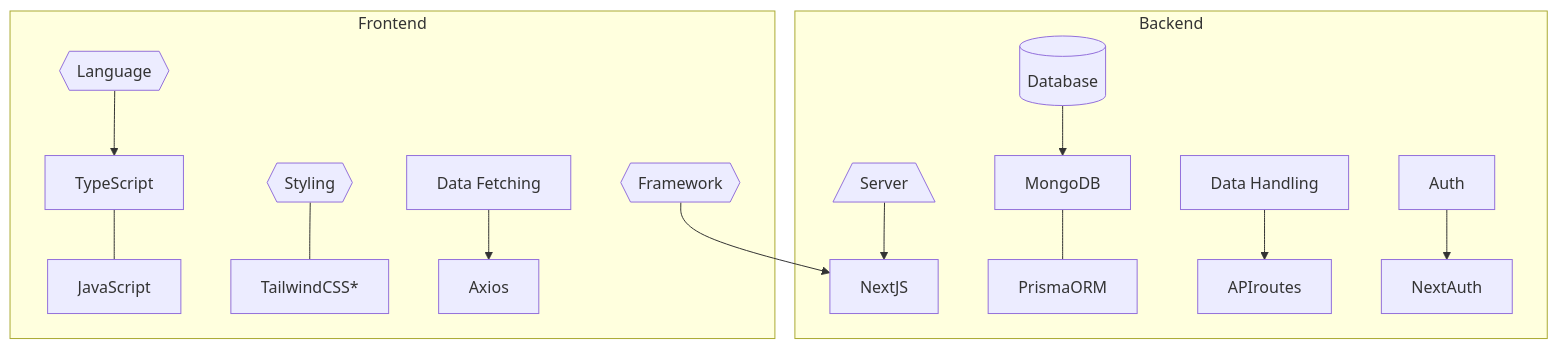
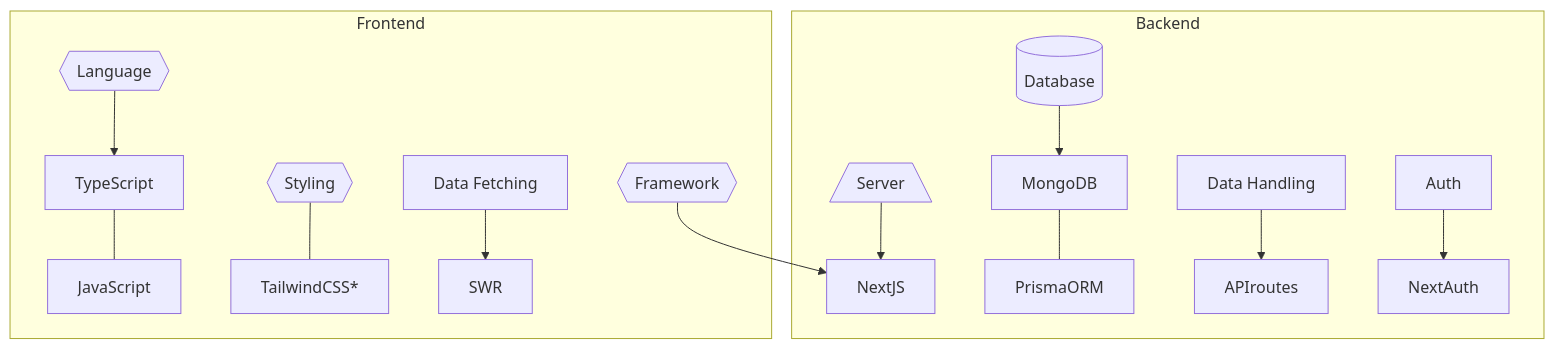
One commit to kezzaam/guidinglight changed the first of 3 diagrams in README.md. Above: the diagram before and after it, drawn with Mermaid.

Commit message:
Commit 8
READ me update

````diff
--- a/README.md
+++ b/README.md
@@ -32,15 +32,15 @@
 ```mermaid
 flowchart TB
     subgraph Backend
     id0[/Server\]-->NextJS
     id1[(Database)]-->MongoDB---PrismaORM
     id3[Data Handling]-->APIroutes
     id4[Auth]-->NextAuth
     end
     subgraph Frontend
     id2{{Framework}}-->NextJS
     id5{{Language}}-->TypeScript---JavaScript
     id6{{Styling}}---TailwindCSS*
-    id7[Data Fetching]-->Axios
+    id7[Data Fetching]-->SWR
     end
 ```
````
